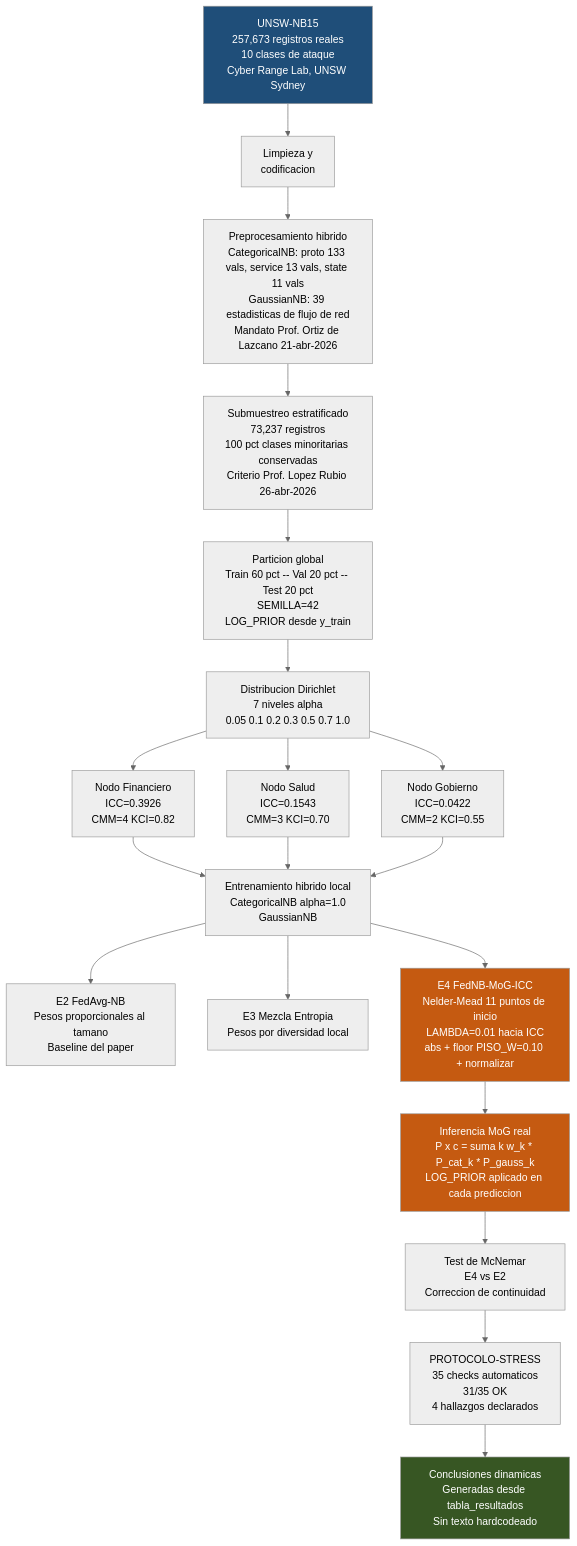
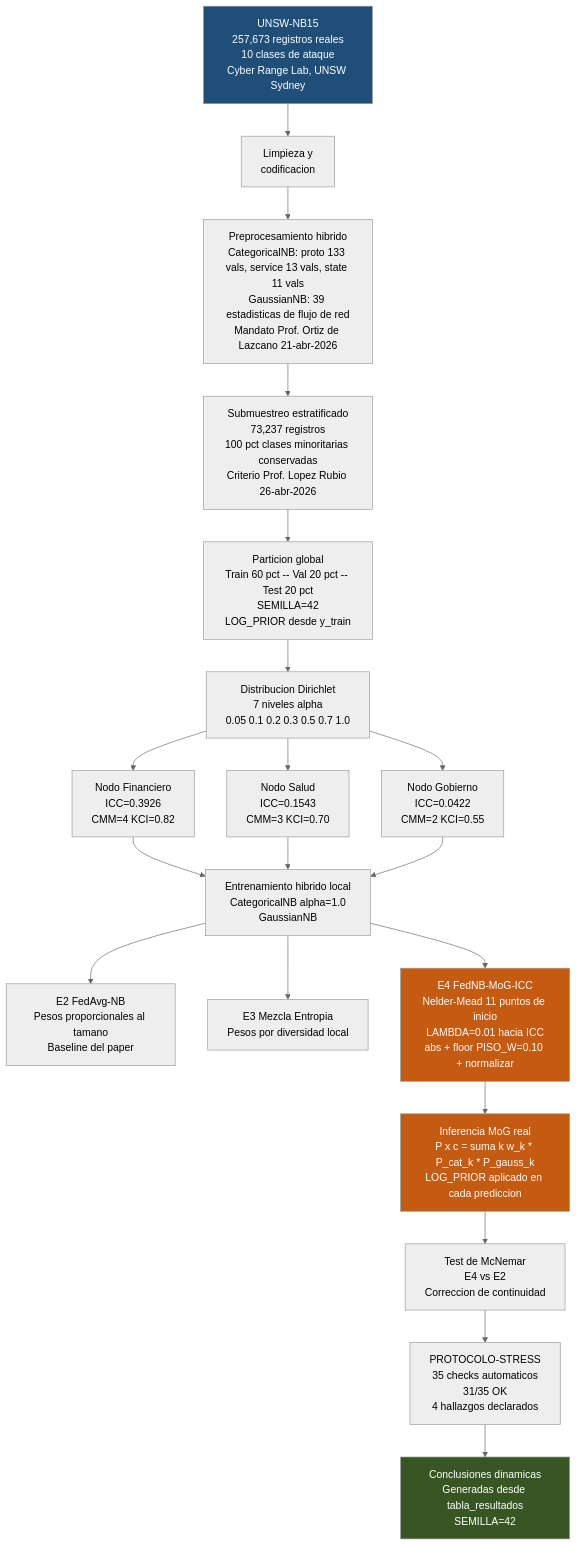
Before and after one commit to eoherrera/NB_Federado_UNSWNB15_Ejercicio_Doctoral_UMA: the diagram in README.md, drawn with Mermaid (neutral theme).

````diff
--- a/README.md
+++ b/README.md
@@ -37,37 +37,38 @@
 ```mermaid
 flowchart TD
     A["UNSW-NB15\n257,673 registros reales\n10 clases de ataque\nCyber Range Lab, UNSW Sydney"] --> B["Limpieza y\ncodificacion"]
 
     B --> C["Preprocesamiento hibrido\nCategoricalNB: proto 133 vals, service 13 vals, state 11 vals\nGaussianNB: 39 estadisticas de flujo de red\nMandato Prof. Ortiz de Lazcano 21-abr-2026"]
 
     C --> D["Submuestreo estratificado\n73,237 registros\n100 pct clases minoritarias conservadas\nCriterio Prof. Lopez Rubio 26-abr-2026"]
 
     D --> E["Particion global\nTrain 60 pct -- Val 20 pct -- Test 20 pct\nSEMILLA=42\nLOG_PRIOR desde y_train"]
 
     E --> F["Distribucion Dirichlet\n7 niveles alpha\n0.05 0.1 0.2 0.3 0.5 0.7 1.0"]
 
     F --> G1["Nodo Financiero\nICC=0.3926\nCMM=4 KCI=0.82"]
     F --> G2["Nodo Salud\nICC=0.1543\nCMM=3 KCI=0.70"]
     F --> G3["Nodo Gobierno\nICC=0.0422\nCMM=2 KCI=0.55"]
 
     G1 --> H["Entrenamiento hibrido local\nCategoricalNB alpha=1.0\nGaussianNB"]
     G2 --> H
     G3 --> H
 
     H --> I1["E2 FedAvg-NB\nPesos proporcionales al tamano\nBaseline del paper"]
     H --> I2["E3 Mezcla Entropia\nPesos por diversidad local"]
     H --> I3["E4 FedNB-MoG-ICC\nNelder-Mead 11 puntos de inicio\nLAMBDA=0.01 hacia ICC\nabs + floor PISO_W=0.10 + normalizar"]
 
     I3 --> J["Inferencia MoG real\nP x c = suma k w_k * P_cat_k * P_gauss_k\nLOG_PRIOR aplicado en cada prediccion"]
 
     J --> K["Test de McNemar\nE4 vs E2\nCorreccion de continuidad"]
 
     K --> L["PROTOCOLO-STRESS\n35 checks automaticos\n31/35 OK\n4 hallazgos declarados"]
 
-    L --> M["Conclusiones dinamicas\nGeneradas desde tabla_resultados\nSin texto hardcodeado"]
+    L --> M["Conclusiones dinamicas\nGeneradas desde tabla_resultados\nSEMILLA=42"]
+
 
     style A fill:#1f4e79,color:#fff
     style I3 fill:#c55a11,color:#fff
     style J fill:#c55a11,color:#fff
     style M fill:#375623,color:#fff
 ```
````
